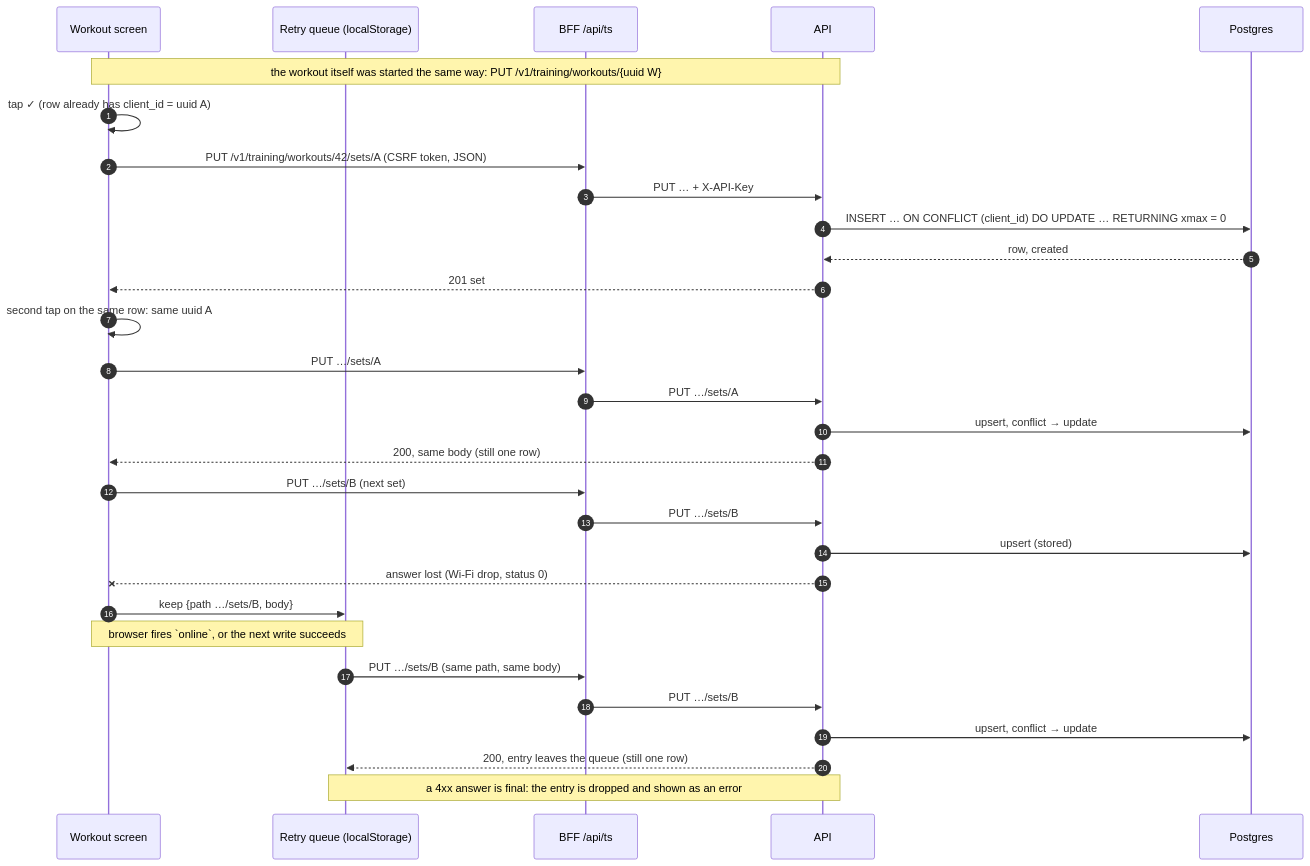
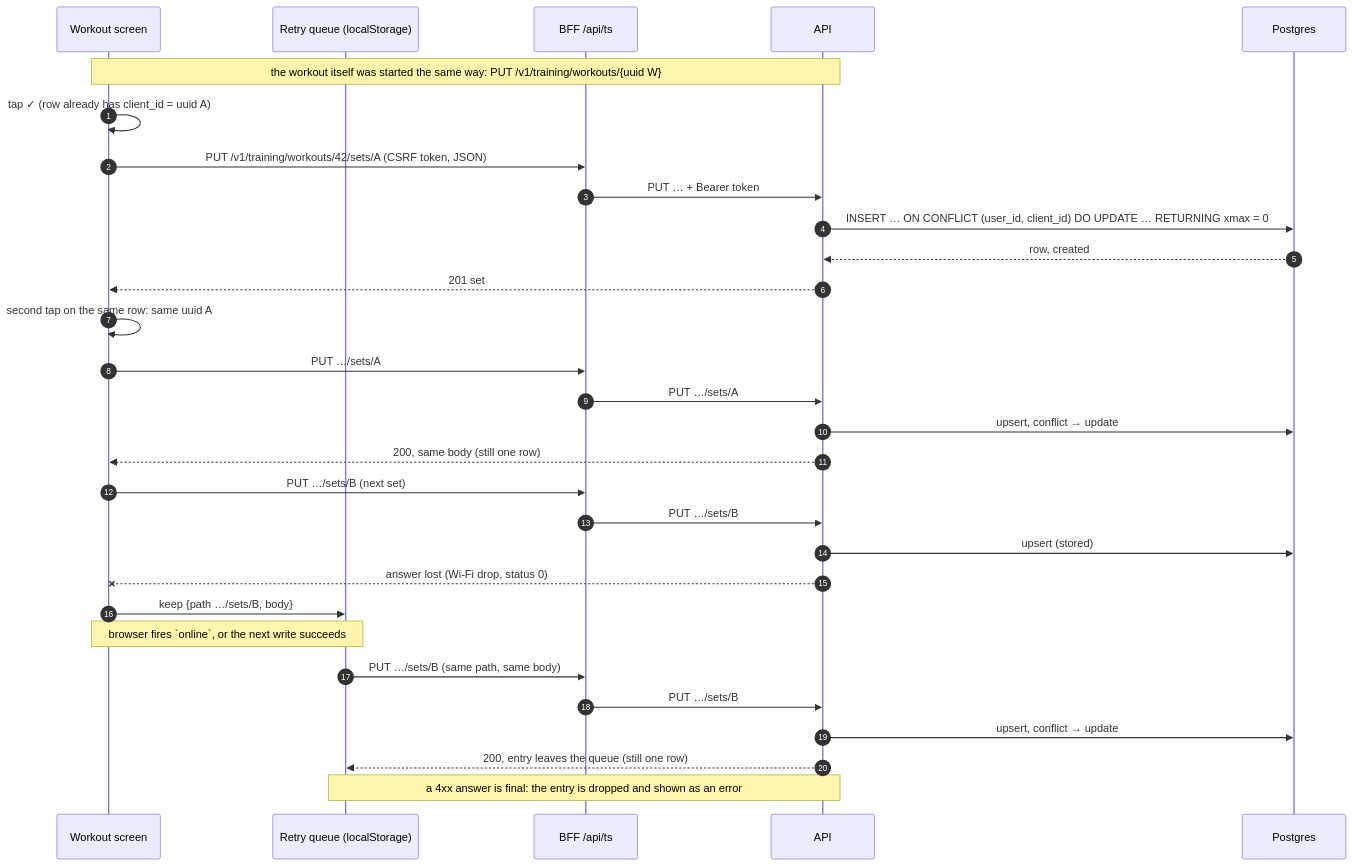
One commit to umutaydins/trainsync changed diagram 21 of 34 in docs/diagrams.md. Above: the diagram before and after it, drawn with Mermaid. The commit also changed other lines of this file and 8 other files, not shown here.

Commit message:
P8.8 docs: accounts, Telegram linking, auth modes, tenancy data model, diagrams (ER, components, sign-up/login and /link sequences), env tables, Strava athlete capacity, layout; the bot links on the dashboard's /start CODE deep link

````diff
--- a/docs/diagrams.md
+++ b/docs/diagrams.md
@@ -1151,33 +1292,33 @@
 ```mermaid
 sequenceDiagram
     autonumber
     participant UI as Workout screen
     participant Q as Retry queue (localStorage)
     participant BFF as BFF /api/ts
     participant API as API
     participant DB as Postgres
 
     Note over UI,API: the workout itself was started the same way: PUT /v1/training/workouts/{uuid W}
     UI->>UI: tap ✓ (row already has client_id = uuid A)
     UI->>BFF: PUT /v1/training/workouts/42/sets/A (CSRF token, JSON)
-    BFF->>API: PUT … + X-API-Key
-    API->>DB: INSERT … ON CONFLICT (client_id) DO UPDATE … RETURNING xmax = 0
+    BFF->>API: PUT … + Bearer token
+    API->>DB: INSERT … ON CONFLICT (user_id, client_id) DO UPDATE … RETURNING xmax = 0
     DB-->>API: row, created
     API-->>UI: 201 set
     UI->>UI: second tap on the same row: same uuid A
     UI->>BFF: PUT …/sets/A
     BFF->>API: PUT …/sets/A
     API->>DB: upsert, conflict → update
     API-->>UI: 200, same body (still one row)
     UI->>BFF: PUT …/sets/B (next set)
     BFF->>API: PUT …/sets/B
     API->>DB: upsert (stored)
     API--xUI: answer lost (Wi-Fi drop, status 0)
     UI->>Q: keep {path …/sets/B, body}
     Note over UI,Q: browser fires `online`, or the next write succeeds
     Q->>BFF: PUT …/sets/B (same path, same body)
     BFF->>API: PUT …/sets/B
     API->>DB: upsert, conflict → update
     API-->>Q: 200, entry leaves the queue (still one row)
     Note over Q,API: a 4xx answer is final: the entry is dropped and shown as an error
 ```
````
